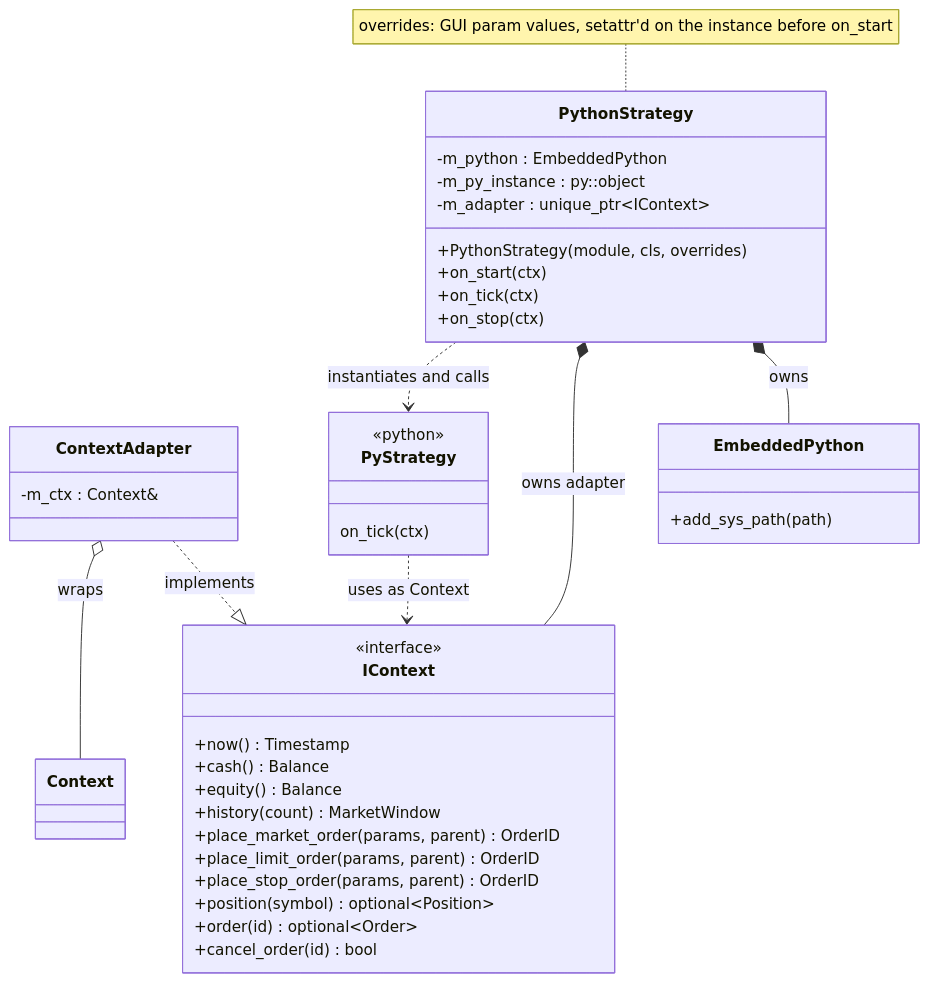
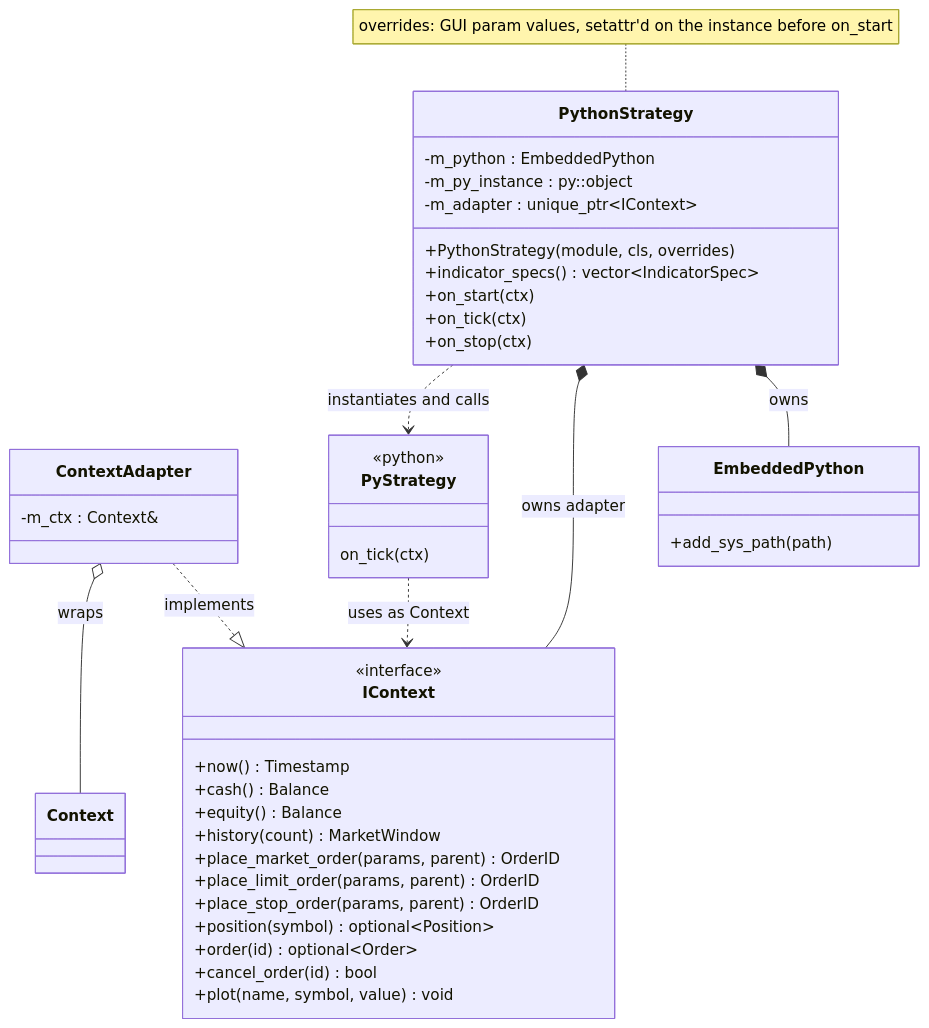
One commit to barberkman/stonks changed the third of 7 diagrams in docs/architecture.md. Above: the diagram before and after it, drawn with Mermaid. The commit also changed other lines of this file and 43 other files, not shown here.

First line of the commit message:
Add strategy-published chart indicator overlays; drop unused EMA50/QBreakout strategies

````diff
--- a/docs/architecture.md
+++ b/docs/architecture.md
@@ -223,44 +223,46 @@
 ```mermaid
 classDiagram
     class IContext {
         <<interface>>
         +now() Timestamp
         +cash() Balance
         +equity() Balance
         +history(count) MarketWindow
         +place_market_order(params, parent) OrderID
         +place_limit_order(params, parent) OrderID
         +place_stop_order(params, parent) OrderID
         +position(symbol) optional~Position~
         +order(id) optional~Order~
         +cancel_order(id) bool
+        +plot(name, symbol, value) void
     }
     class ContextAdapter {
         -m_ctx : Context&
     }
     class Context
     class PythonStrategy {
         -m_python : EmbeddedPython
         -m_py_instance : py::object
         -m_adapter : unique_ptr~IContext~
         +PythonStrategy(module, cls, overrides)
+        +indicator_specs() vector~IndicatorSpec~
         +on_start(ctx)
         +on_tick(ctx)
         +on_stop(ctx)
     }
     note for PythonStrategy "overrides: GUI param values, setattr'd on the instance before on_start"
     class EmbeddedPython {
         +add_sys_path(path)
     }
     class PyStrategy {
         <<python>>
         on_tick(ctx)
     }
 
     ContextAdapter ..|> IContext : implements
     ContextAdapter o-- Context : wraps
     PythonStrategy *-- EmbeddedPython : owns
     PythonStrategy *-- IContext : owns adapter
     PythonStrategy ..> PyStrategy : instantiates and calls
     PyStrategy ..> IContext : uses as Context
 ```
````
